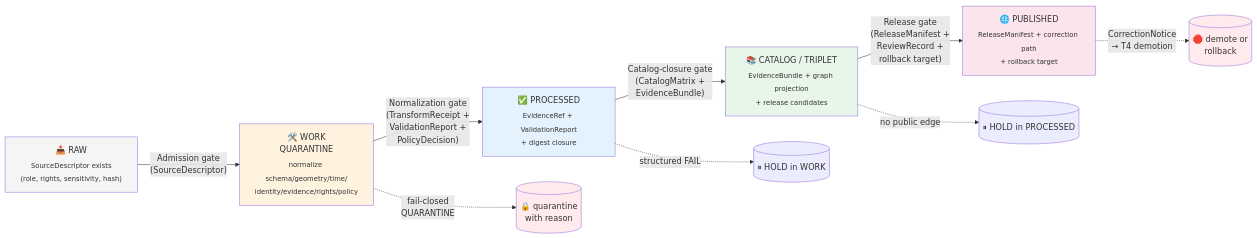
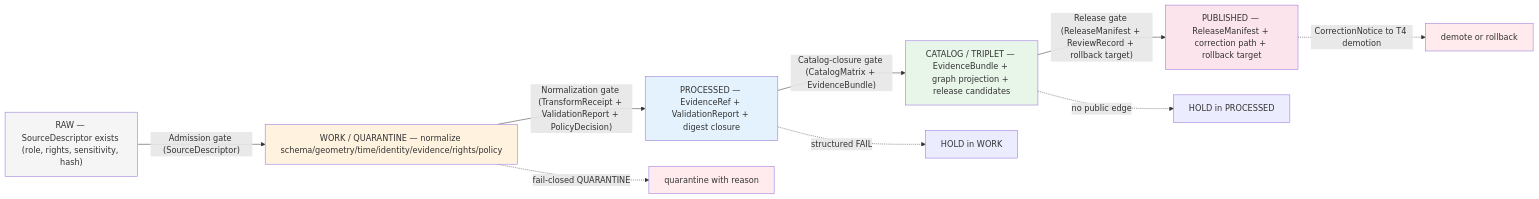
The third of 3 diagrams in docs/domains/people-dna-land/IDENTITY_MODEL.md (bartytime4life/Kansas-Frontier-Matrix), drawn with Mermaid before and after one commit. The commit also changed other lines of this file, not shown here.

````diff
--- a/docs/domains/people-dna-land/IDENTITY_MODEL.md
+++ b/docs/domains/people-dna-land/IDENTITY_MODEL.md
@@ -592,26 +622,26 @@
 ```mermaid
 flowchart LR
-    RAW["📥 RAW<br/><sub>SourceDescriptor exists<br/>(role, rights, sensitivity, hash)</sub>"]
-    WORK["🛠️ WORK<br/>QUARANTINE<br/><sub>normalize schema/geometry/time/<br/>identity/evidence/rights/policy</sub>"]
-    PROC["✅ PROCESSED<br/><sub>EvidenceRef + ValidationReport<br/>+ digest closure</sub>"]
-    CAT["📚 CATALOG / TRIPLET<br/><sub>EvidenceBundle + graph projection<br/>+ release candidates</sub>"]
-    PUB["🌐 PUBLISHED<br/><sub>ReleaseManifest + correction path<br/>+ rollback target</sub>"]
+    RAW["RAW — SourceDescriptor exists (role, rights, sensitivity, hash)"]
+    WORK["WORK / QUARANTINE — normalize schema/geometry/time/identity/evidence/rights/policy"]
+    PROC["PROCESSED — EvidenceRef + ValidationReport + digest closure"]
+    CAT["CATALOG / TRIPLET — EvidenceBundle + graph projection + release candidates"]
+    PUB["PUBLISHED — ReleaseManifest + correction path + rollback target"]
 
-    RAW -- "Admission gate<br/>(SourceDescriptor)" --> WORK
-    WORK -- "Normalization gate<br/>(TransformReceipt +<br/>ValidationReport +<br/>PolicyDecision)" --> PROC
-    PROC -- "Catalog-closure gate<br/>(CatalogMatrix +<br/>EvidenceBundle)" --> CAT
-    CAT -- "Release gate<br/>(ReleaseManifest +<br/>ReviewRecord +<br/>rollback target)" --> PUB
+    RAW -- "Admission gate (SourceDescriptor)" --> WORK
+    WORK -- "Normalization gate (TransformReceipt + ValidationReport + PolicyDecision)" --> PROC
+    PROC -- "Catalog-closure gate (CatalogMatrix + EvidenceBundle)" --> CAT
+    CAT -- "Release gate (ReleaseManifest + ReviewRecord + rollback target)" --> PUB
 
-    WORK -. "fail-closed<br/>QUARANTINE" .-> Q[("🔒 quarantine<br/>with reason")]
-    PROC -. "structured FAIL" .-> HOLD1[("⏸ HOLD in WORK")]
-    CAT -. "no public edge" .-> HOLD2[("⏸ HOLD in PROCESSED")]
-    PUB -. "CorrectionNotice<br/>→ T4 demotion" .-> CORR[("🛑 demote or<br/>rollback")]
+    WORK -. "fail-closed QUARANTINE" .-> Q["quarantine with reason"]
+    PROC -. "structured FAIL" .-> HOLD1["HOLD in WORK"]
+    CAT -. "no public edge" .-> HOLD2["HOLD in PROCESSED"]
+    PUB -. "CorrectionNotice to T4 demotion" .-> CORR["demote or rollback"]
 
     style RAW fill:#f5f5f5
     style WORK fill:#fff3e0
     style PROC fill:#e3f2fd
     style CAT fill:#e8f5e9
     style PUB fill:#fce4ec
     style Q fill:#ffebee
     style CORR fill:#ffebee
 ```
````
